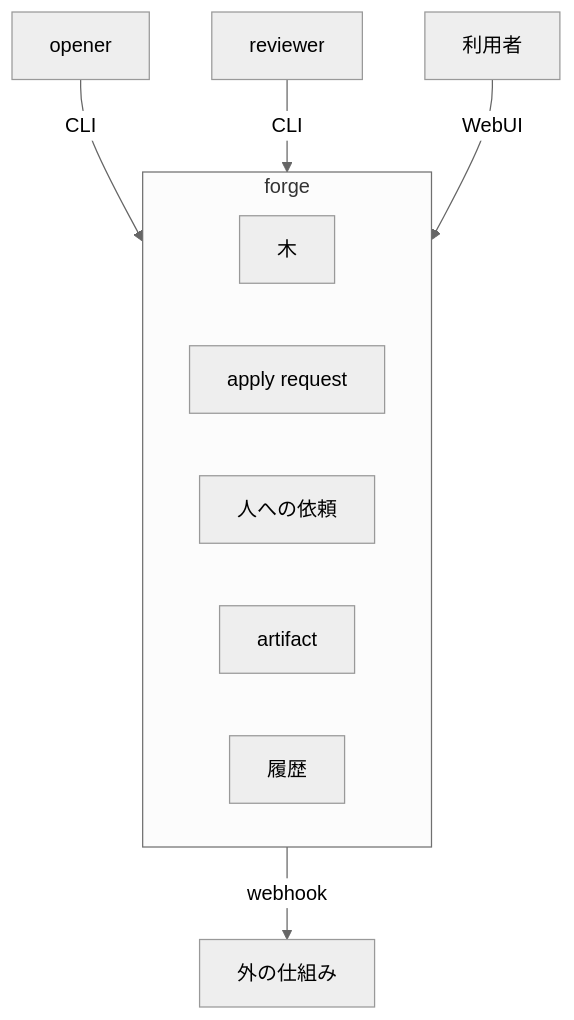
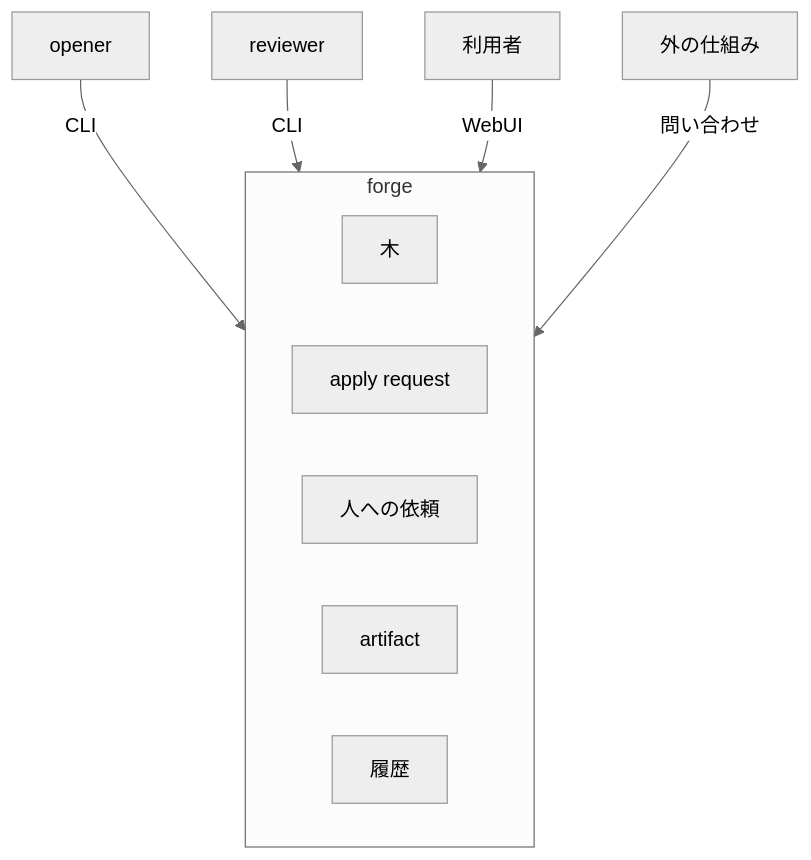
Before and after one commit to yamambainc/logiforge: the diagram in docs/architecture/README.md, drawn with Mermaid (neutral theme). The commit also changed other lines of this file and 51 other files, not shown here.

````diff
--- a/docs/architecture/README.md
+++ b/docs/architecture/README.md
@@ -7,14 +7,14 @@
 ```mermaid
 flowchart TB
   O["opener"] -- CLI --> S
   R["reviewer"] -- CLI --> S
   U["利用者"] -- WebUI --> S
   subgraph S["forge"]
     T1["木"]
     T2["apply request"]
     T3["人への依頼"]
     F["artifact"]
     L["履歴"]
   end
-  S -- webhook --> X["外の仕組み"]
+  X["外の仕組み"] -- 問い合わせ --> S
 ```
````
